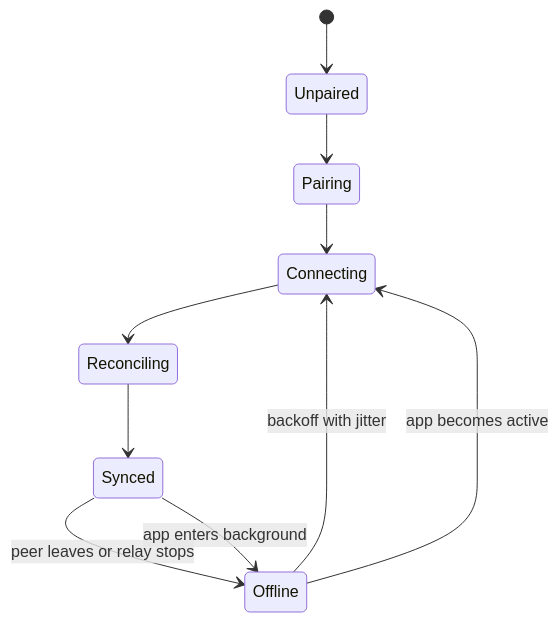
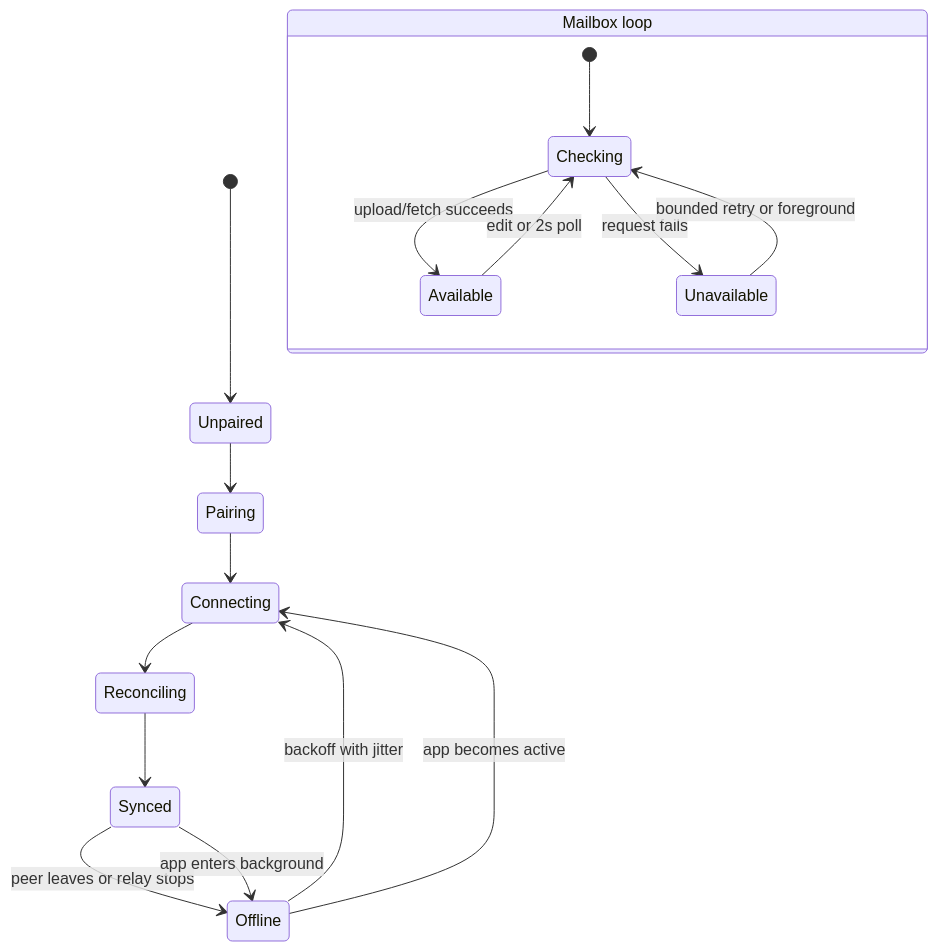
The fifth of 5 diagrams in docs/ARCHITECTURE.md (exddc/GotSync), drawn with Mermaid before and after one commit. The commit also changed other lines of this file and 21 other files, not shown here.

````diff
--- a/docs/ARCHITECTURE.md
+++ b/docs/ARCHITECTURE.md
@@ -117,12 +170,19 @@
 ```mermaid
 stateDiagram-v2
     [*] --> Unpaired
     Unpaired --> Pairing
     Pairing --> Connecting
     Connecting --> Reconciling
     Reconciling --> Synced
     Synced --> Offline: peer leaves or relay stops
     Offline --> Connecting: backoff with jitter
     Synced --> Offline: app enters background
     Offline --> Connecting: app becomes active
+    state "Mailbox loop" as Mailbox {
+        [*] --> Checking
+        Checking --> Available: upload/fetch succeeds
+        Available --> Checking: edit or 2s poll
+        Checking --> Unavailable: request fails
+        Unavailable --> Checking: bounded retry or foreground
+    }
 ```
````
